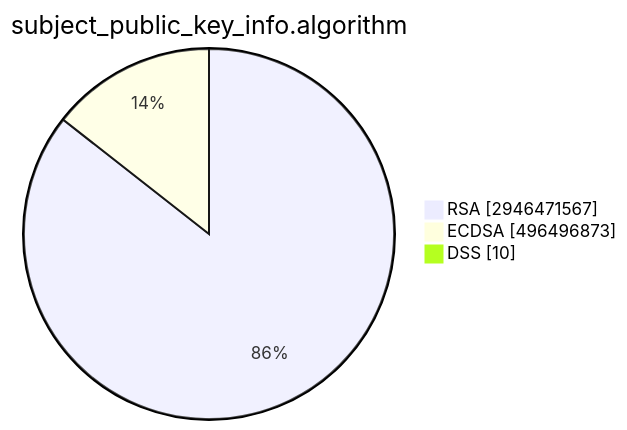
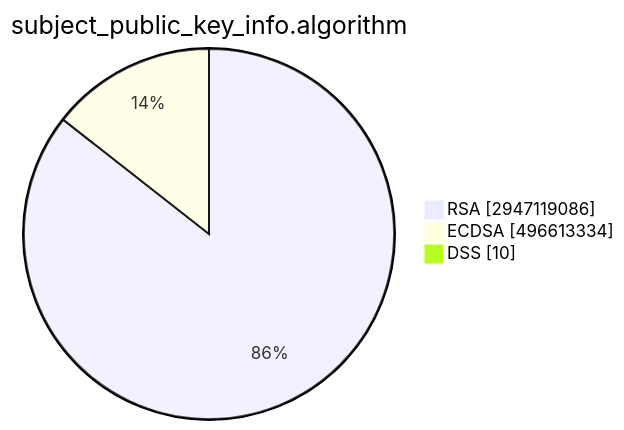
The second of 15 diagrams in TOTAL/README.md (christiankrug/ctmonitor_visualization), drawn with Mermaid before and after one commit. The commit also changed other lines of this file, not shown here.

````diff
--- a/TOTAL/README.md
+++ b/TOTAL/README.md
@@ -6,7 +6,7 @@
 ```mermaid
 pie showData
 title subject_public_key_info.algorithm
-"RSA" :2946471567
-"ECDSA" :496496873
+"RSA" :2947119086
+"ECDSA" :496613334
 "DSS" :10
 ```
````
